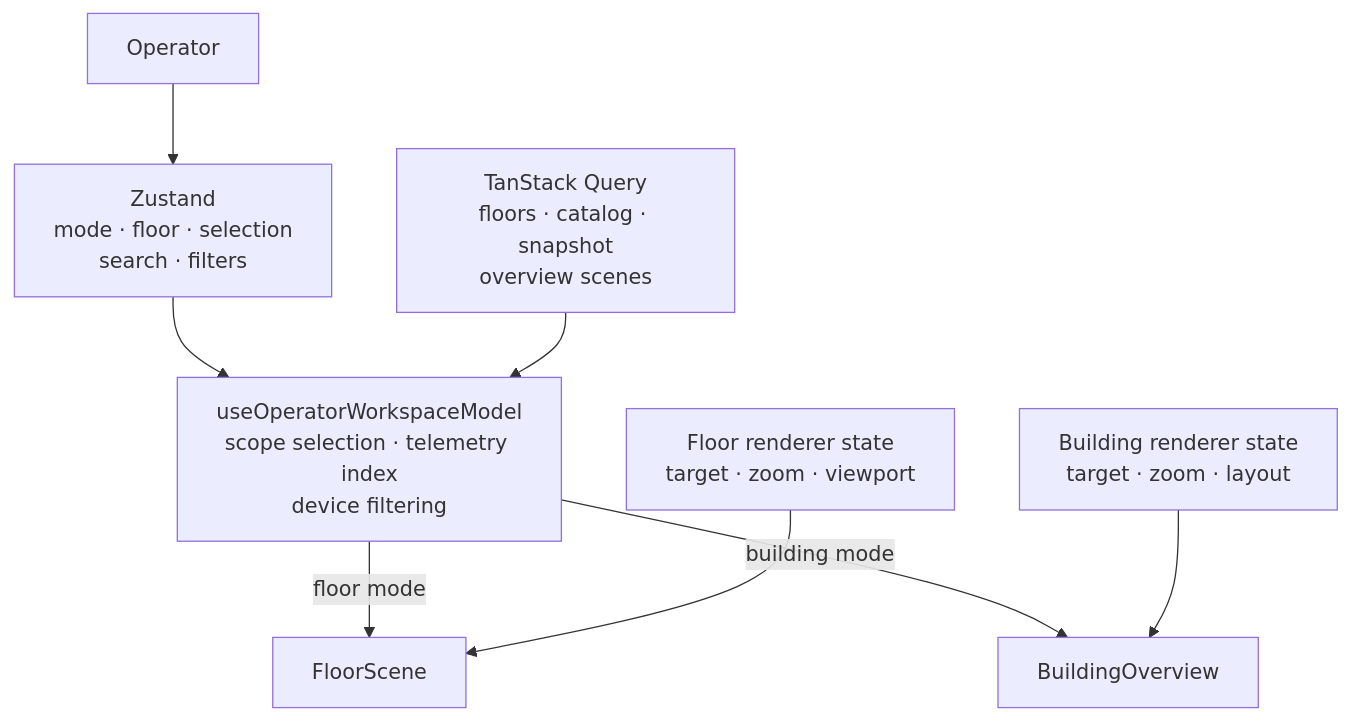
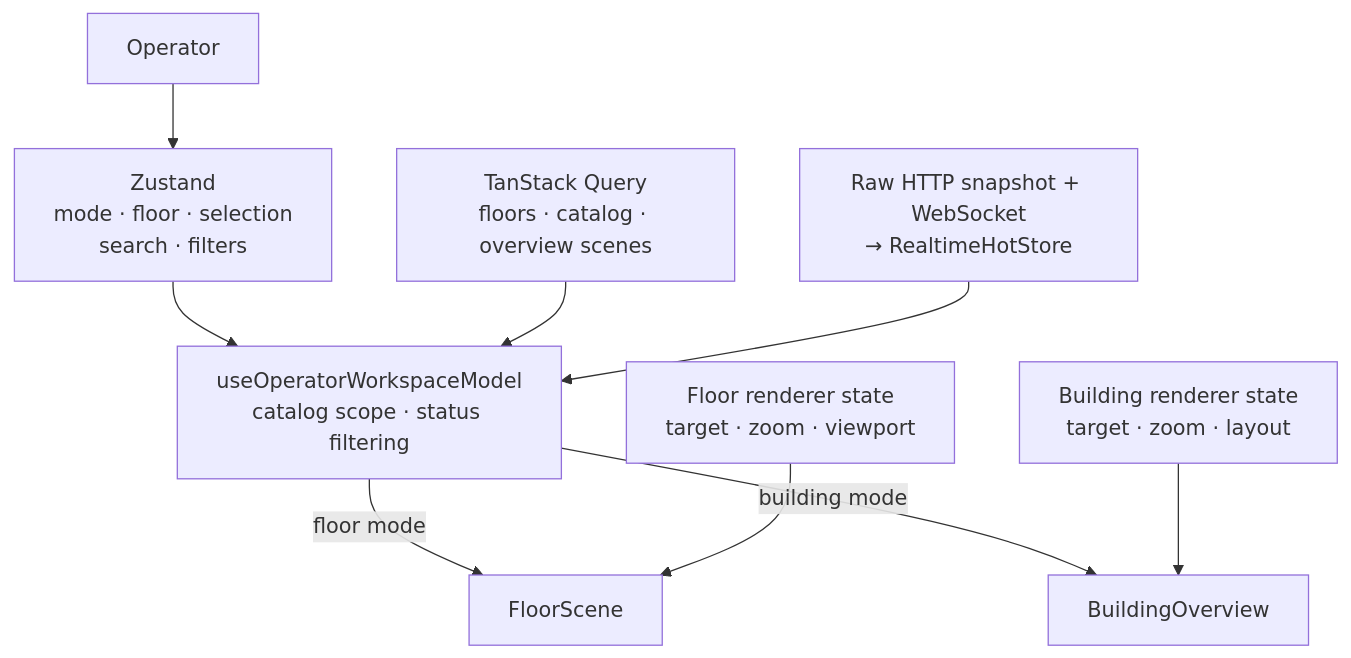
The second of 3 diagrams in docs/frontend-architecture.md (mbob72/building-operator-demo), drawn with Mermaid before and after one commit. The commit also changed other lines of this file and 42 other files, not shown here.

Commit message:
add resilient realtime telemetry pipeline

````diff
--- a/docs/frontend-architecture.md
+++ b/docs/frontend-architecture.md
@@ -99,19 +108,21 @@
 ```mermaid
 flowchart TD
     User["Operator"]
     Store["Zustand<br/>mode · floor · selection<br/>search · filters"]
-    Query["TanStack Query<br/>floors · catalog · snapshot<br/>overview scenes"]
-    Workspace["useOperatorWorkspaceModel<br/>scope selection · telemetry index<br/>device filtering"]
+    Query["TanStack Query<br/>floors · catalog · overview scenes"]
+    Hot["Raw HTTP snapshot + WebSocket<br/>→ RealtimeHotStore"]
+    Workspace["useOperatorWorkspaceModel<br/>catalog scope · status filtering"]
     FloorCamera["Floor renderer state<br/>target · zoom · viewport"]
     BuildingCamera["Building renderer state<br/>target · zoom · layout"]
     Floor["FloorScene"]
     Overview["BuildingOverview"]
 
     User --> Store
     Store --> Workspace
     Query --> Workspace
+    Hot --> Workspace
     Workspace -->|floor mode| Floor
     Workspace -->|building mode| Overview
     FloorCamera --> Floor
     BuildingCamera --> Overview
 ```
````
